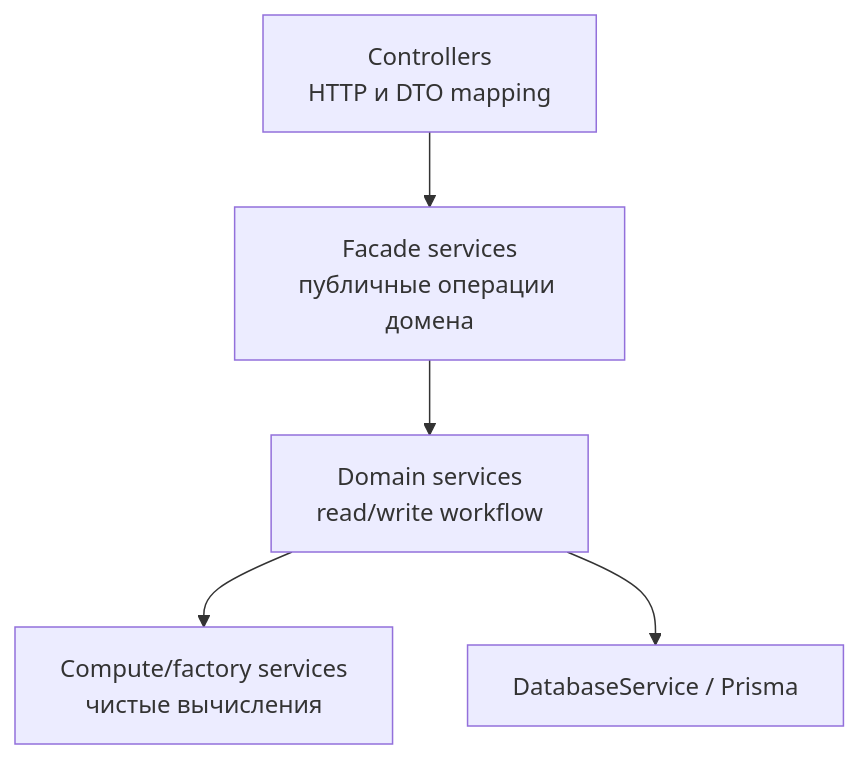
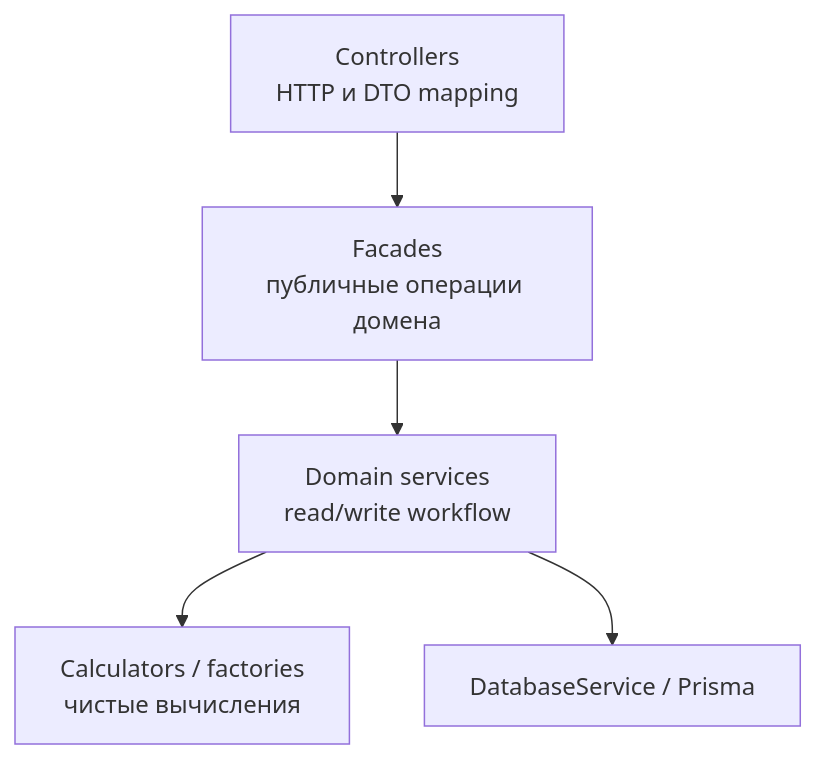
Before and after one commit to pavelnagorsky/crm-core: the second of 2 diagrams in docs/architecture/README.md, drawn with Mermaid. The commit also changed other lines of this file and 577 other files, not shown here.

````diff
--- a/docs/architecture/README.md
+++ b/docs/architecture/README.md
@@ -78,13 +78,13 @@
 ```mermaid
 flowchart TB
   Controller[Controllers\nHTTP и DTO mapping]
-  Facade[Facade services\nпубличные операции домена]
+  Facade[Facades\nпубличные операции домена]
   Domain[Domain services\nread/write workflow]
-  Compute[Compute/factory services\nчистые вычисления]
+  Compute[Calculators / factories\nчистые вычисления]
   Persistence[DatabaseService / Prisma]
 
   Controller --> Facade
   Facade --> Domain
   Domain --> Compute
   Domain --> Persistence
 ```
````
